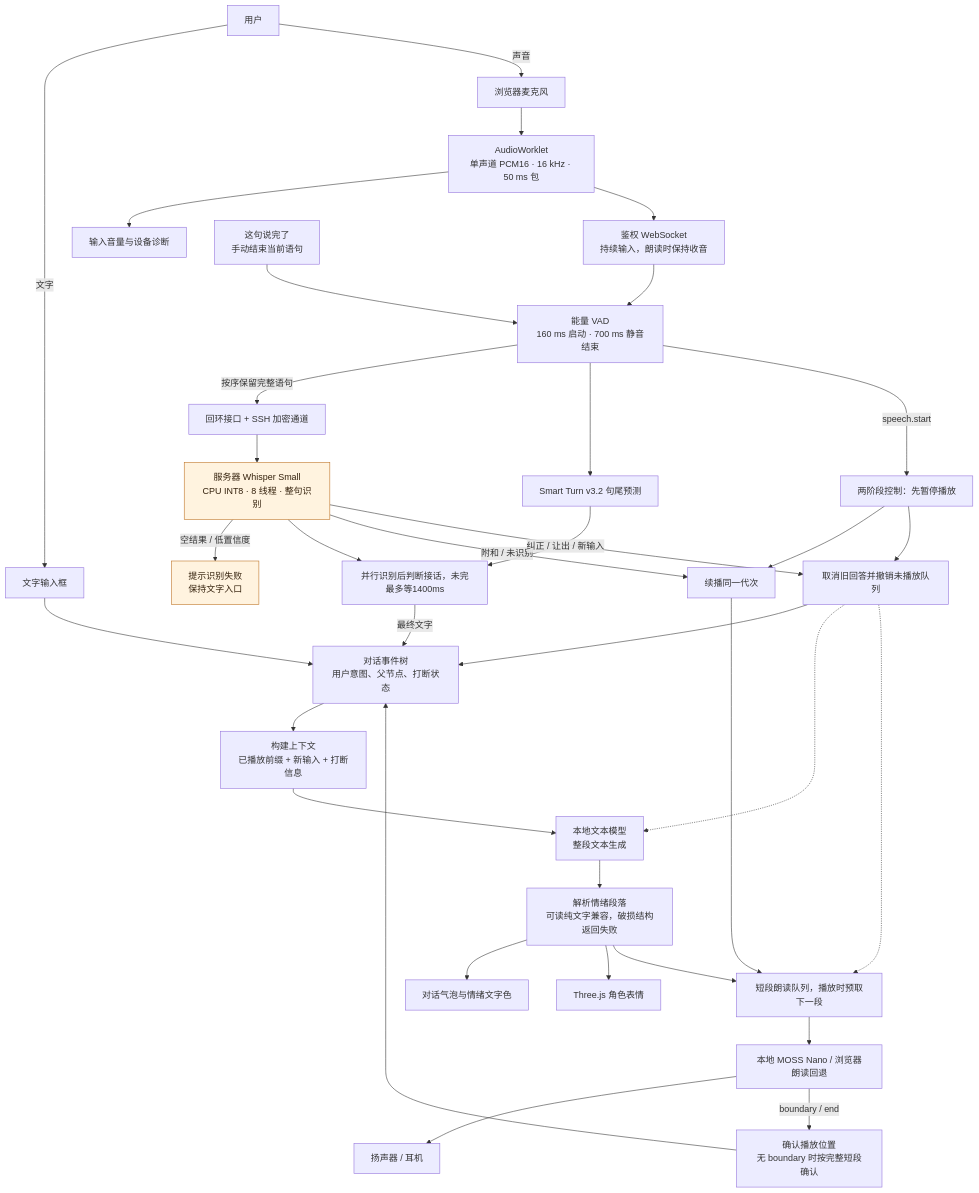
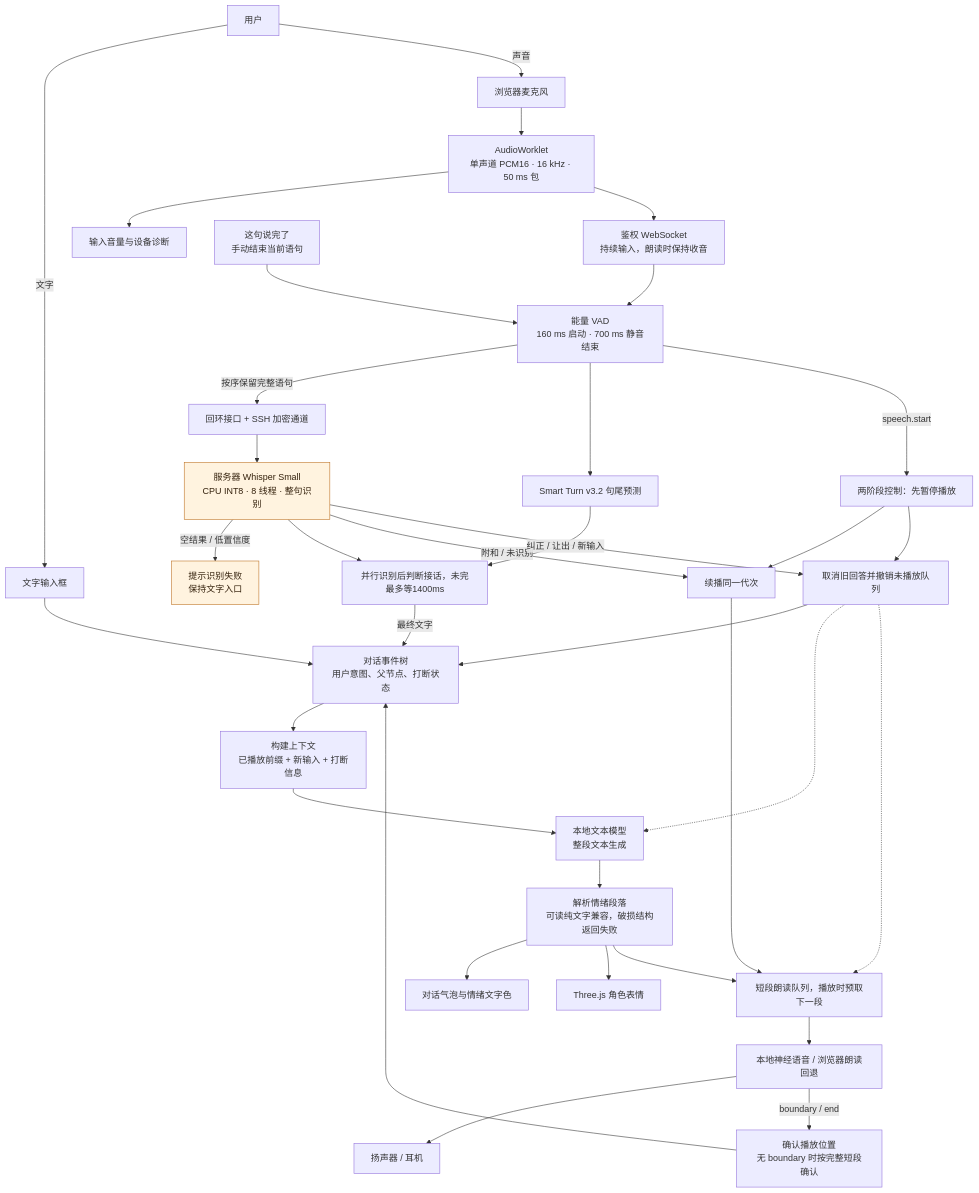
One commit to wuki-creator/Xim-duplex changed the second of 6 diagrams in docs/MODEL_FLOW.md. Above: the diagram before and after it, drawn with Mermaid. The commit also changed other lines of this file and 3 other files, not shown here.

Commit message:
docs: replace legacy speech models in architecture diagrams

````diff
--- a/docs/MODEL_FLOW.md
+++ b/docs/MODEL_FLOW.md
@@ -29,40 +29,40 @@
 ```mermaid
 flowchart TD
     U[用户] -->|文字| TEXT[文字输入框]
     U -->|声音| MIC[浏览器麦克风]
     MIC --> CAP[AudioWorklet<br/>单声道 PCM16 · 16 kHz · 50 ms 包]
     CAP --> METER[输入音量与设备诊断]
     CAP --> WS[鉴权 WebSocket<br/>持续输入，朗读时保持收音]
     WS --> VAD[能量 VAD<br/>160 ms 启动 · 700 ms 静音结束]
     FINISH[这句说完了<br/>手动结束当前语句] --> VAD
     VAD -->|按序保留完整语句| TUNNEL[回环接口 + SSH 加密通道]
     TUNNEL --> ASR[服务器 Whisper Small<br/>CPU INT8 · 8 线程 · 整句识别]
     ASR -->|空结果 / 低置信度| FAIL[提示识别失败<br/>保持文字入口]
     VAD --> ENDPOINT[Smart Turn v3.2 句尾预测]
     ENDPOINT --> GATE[并行识别后判断接话，未完最多等1400ms]
     ASR --> GATE
     GATE -->|最终文字| TURN[对话事件树<br/>用户意图、父节点、打断状态]
     TEXT --> TURN
     TURN --> CTX[构建上下文<br/>已播放前缀 + 新输入 + 打断信息]
     CTX --> LLM[本地文本模型<br/>整段文本生成]
     LLM --> JSON[解析情绪段落<br/>可读纯文字兼容，破损结构返回失败]
     JSON --> UI[对话气泡与情绪文字色]
     JSON --> PET[Three.js 角色表情]
     JSON --> CHUNK[短段朗读队列，播放时预取下一段]
-    CHUNK --> TTS[本地 MOSS Nano / 浏览器朗读回退]
+    CHUNK --> TTS[本地神经语音 / 浏览器朗读回退]
     TTS --> OUT[扬声器 / 耳机]
     TTS -->|boundary / end| ACK[确认播放位置<br/>无 boundary 时按完整短段确认]
     ACK --> TURN
     VAD -->|speech.start| HOLD[两阶段控制：先暂停播放]
     ASR -->|附和 / 未识别| RESUME[续播同一代次]
     ASR -->|纠正 / 让出 / 新输入| STOP[取消旧回答并撤销未播放队列]
     HOLD --> RESUME
     HOLD --> STOP
     RESUME --> CHUNK
     STOP --> TURN
     STOP -.-> LLM
     STOP -.-> CHUNK
 
     classDef pending fill:#fff3df,stroke:#bc7020,color:#34210c;
     class ASR,FAIL pending;
 ```
````
